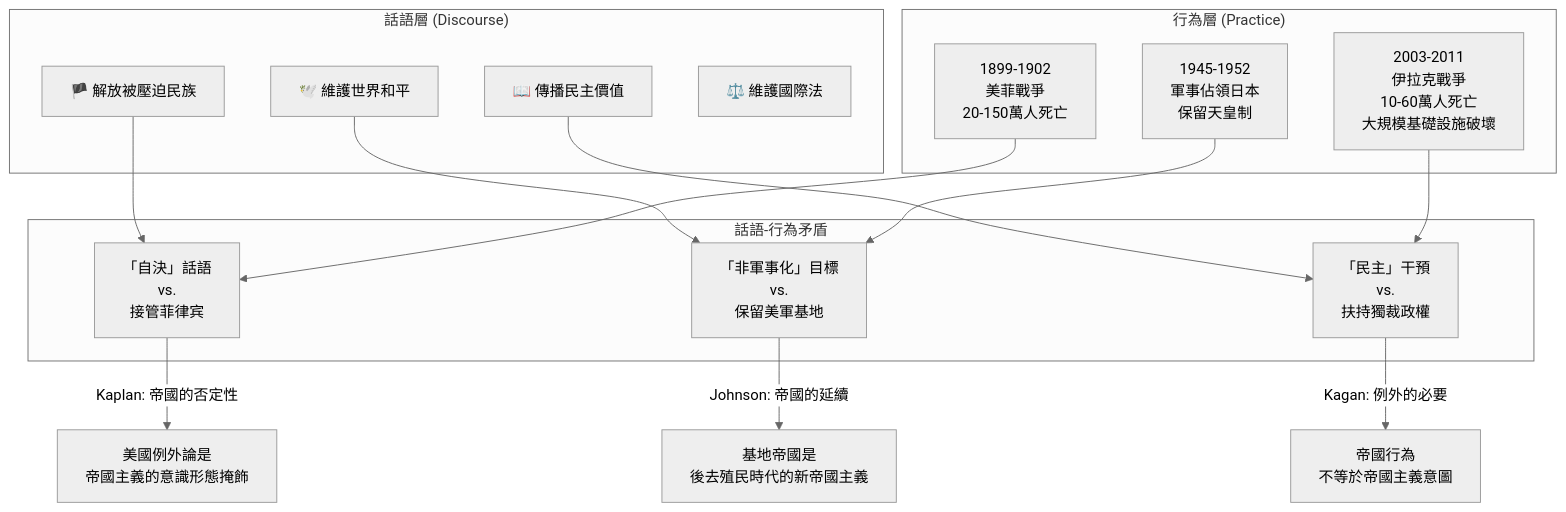
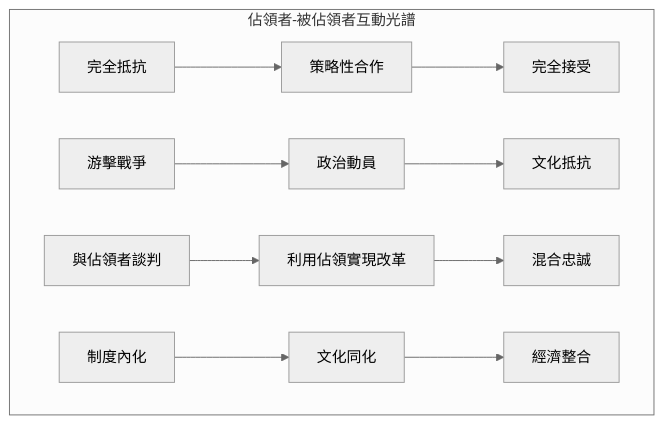
The fifth of 5 diagrams in 02_Harvard_Courses/101_Foundations/GenEd1017.md (yip-lgtm/HKU-Harvard-History-Self-Study), drawn with Mermaid (neutral theme) before and after one commit. The commit also changed other lines of this file and 65 other files, not shown here.

````diff
--- a/02_Harvard_Courses/101_Foundations/GenEd1017.md
+++ b/02_Harvard_Courses/101_Foundations/GenEd1017.md
@@ -454,32 +189,24 @@
 ```mermaid
 graph TD
-    subgraph "話語層 (Discourse)"
-        D1["🏴 解放被壓迫民族"]
-        D2["🕊️ 維護世界和平"]
-        D3["📖 傳播民主價值"]
-        D4["⚖️ 維護國際法"]
+    subgraph "佔領者-被佔領者互動光譜"
+        A["完全抵抗"]
+        A1["游擊戰爭"]
+        A2["政治動員"]
+        A3["文化抵抗"]
+        
+        B["策略性合作"]
+        B1["與佔領者談判"]
+        B2["利用佔領實現改革"]
+        B3["混合忠誠"]
+        
+        C["完全接受"]
+        C1["制度內化"]
+        C2["文化同化"]
+        C3["經濟整合"]
     end
     
-    subgraph "行為層 (Practice)"
-        B1["1899-1902\n美菲戰爭\n20-150萬人死亡"]
-        B2["1945-1952\n軍事佔領日本\n保留天皇制"]
-        B3["2003-2011\n伊拉克戰爭\n10-60萬人死亡\n大規模基礎設施破壞"]
-    end
-    
-    subgraph "話語-行為矛盾"
-        M1["「自決」話語\nvs.\n接管菲律宾"]
-        M2["「非軍事化」目標\nvs.\n保留美軍基地"]
-        M3["「民主」干預\nvs.\n扶持獨裁政權"]
-    end
-    
-    D1 --> M1
-    B1 --> M1
-    D2 --> M2
-    B2 --> M2
-    D3 --> M3
-    B3 --> M3
-    
-    M1 -->|"Kaplan: 帝國的否定性"| CONC1["美國例外論是\n帝國主義的意識形態掩飾"]
-    M2 -->|"Johnson: 帝國的延續"| CONC2["基地帝國是\n後去殖民時代的新帝國主義"]
-    M3 -->|"Kagan: 例外的必要"| CONC3["帝國行為\n不等於帝國主義意圖"]
+    A --> B --> C
+    A1 --> A2 --> A3
+    B1 --> B2 --> B3
+    C1 --> C2 --> C3
 ```
````
